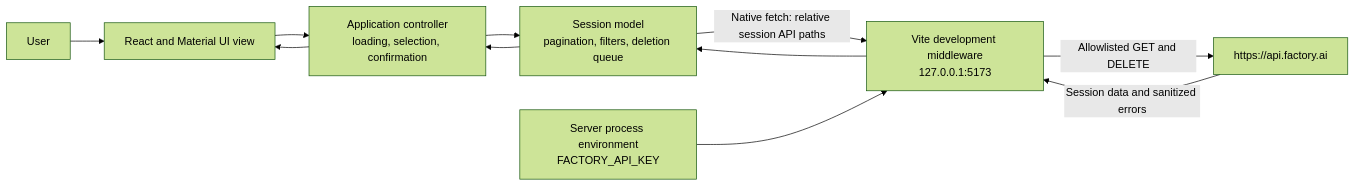
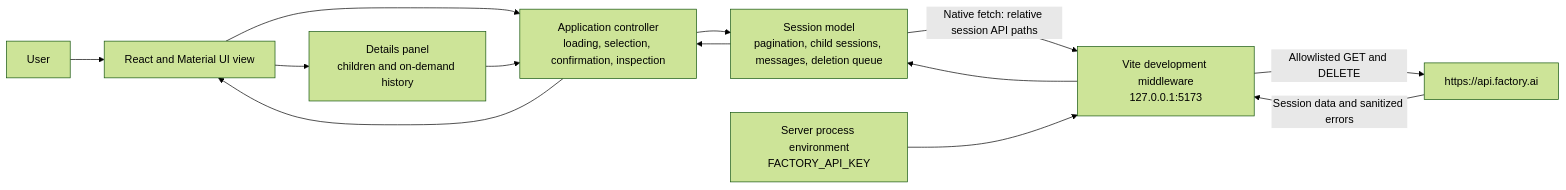
Before and after one commit to johnpfeiffer/factory-session-manager: the first of 2 diagrams in architecture.md, drawn with Mermaid (forest theme). The commit also changed other lines of this file and 13 other files, not shown here.

Commit message:
v2 includes double click to list child sessions and button to see (100) messages in a session

````diff
--- a/architecture.md
+++ b/architecture.md
@@ -5,13 +5,15 @@
 ```mermaid
 flowchart LR
     U[User] --> V[React and Material UI view]
-    V --> C[Application controller<br/>loading, selection, confirmation]
-    C --> M[Session model<br/>pagination, filters, deletion queue]
+    V --> C[Application controller<br/>loading, selection, confirmation, inspection]
+    C --> M[Session model<br/>pagination, child sessions, messages, deletion queue]
+    V --> D[Details panel<br/>children and on-demand history]
+    D --> C
     M -->|Native fetch: relative session API paths| P[Vite development middleware<br/>127.0.0.1:5173]
     E[Server process environment<br/>FACTORY_API_KEY] --> P
     P -->|Allowlisted GET and DELETE| F[https://api.factory.ai]
     F -->|Session data and sanitized errors| P
     P --> M
     M --> C
     C --> V
 ```
````
